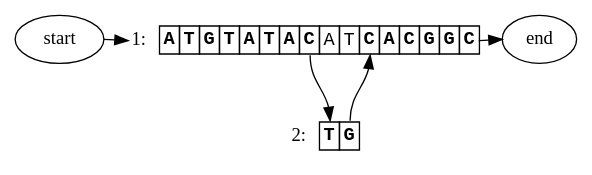
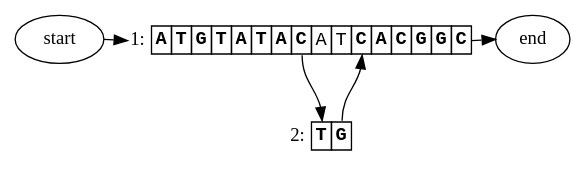
Before and after one commit to ginkgobioworks/gen: the diagram in docs/figures/figure_1.dot, drawn with Graphviz. The commit also changed 12 other files, not shown here.

Commit message:
cleaned up figure code

```diff
--- a/docs/figures/figure_1.dot
+++ b/docs/figures/figure_1.dot
@@ -1,62 +1,34 @@
 strict digraph "" {
-	graph [bb="0,0,390,108",
-		overlap=scale,
-		rankdir=TD,
+	graph [rankdir=TD,
 		splines=true
 	];
 	node [label="\N"];
-	source	[height=0.5,
-		label=start,
-		pos="27,90",
-		width=0.75];
-	1	[height=0.5,
-		highlights="[True, True, True, True, True, True, True, True, False, False, True, True, True, True, True, True]",
-		label=<<TABLE BORDER='0' CELLBORDER='1' CELLSPACING='0'><TR><TD BORDER='0' PORT='caption'>1: </TD><TD PORT='0'><FONT FACE='Courier New'><B>A</B></FONT></TD>
+	start	[label=start];
+	1	[label=<<TABLE BORDER='0' CELLBORDER='1' CELLSPACING='0'><TR><TD BORDER='0' PORT='caption' ALIGN='right'>1:</TD><TD PORT='0'><FONT FACE='Courier New'><B>A</B></FONT></TD>
 <TD PORT='1'><FONT FACE='Courier New'><B>T</B></FONT></TD>
 <TD PORT='2'><FONT FACE='Courier New'><B>G</B></FONT></TD>
 <TD PORT='3'><FONT FACE='Courier New'><B>T</B></FONT></TD>
 <TD PORT='4'><FONT FACE='Courier New'><B>A</B></FONT></TD>
 <TD PORT='5'><FONT FACE='Courier New'><B>T</B></FONT></TD>
 <TD PORT='6'><FONT FACE='Courier New'><B>A</B></FONT></TD>
 <TD PORT='7'><FONT FACE='Courier New'><B>C</B></FONT></TD>
 <TD PORT='8'><FONT FACE='Courier New'>A</FONT></TD>
 <TD PORT='9'><FONT FACE='Courier New'>T</FONT></TD>
 <TD PORT='10'><FONT FACE='Courier New'><B>C</B></FONT></TD>
 <TD PORT='11'><FONT FACE='Courier New'><B>A</B></FONT></TD>
 <TD PORT='12'><FONT FACE='Courier New'><B>C</B></FONT></TD>
 <TD PORT='13'><FONT FACE='Courier New'><B>G</B></FONT></TD>
 <TD PORT='14'><FONT FACE='Courier New'><B>G</B></FONT></TD>
 <TD PORT='15'><FONT FACE='Courier New'><B>C</B></FONT></TD></TR></TABLE>>,
 		margin=0,
-		pos="195,90",
-		sequence=ATGTATACATCACGGC,
-		shape=none,
-		width=3.4201];
-	source:e -> 1:caption	[constraint=False,
-		pos="e,71.875,90 54,90 56.731,90 58.758,90 60.565,90",
-		rank=same,
-		to_pos=caption];
-	sink	[height=0.5,
-		label=end,
-		pos="363,90",
-		width=0.75];
-	1:15 -> sink:w	[constraint=False,
-		from_pos=15,
-		pos="e,336,90 318.12,90 320.86,90 322.88,90 324.69,90",
-		rank=same];
-	2	[height=0.5,
-		highlights="[True, True]",
-		label=<<TABLE BORDER='0' CELLBORDER='1' CELLSPACING='0'><TR><TD BORDER='0' PORT='caption'>2: </TD><TD PORT='0'><FONT FACE='Courier New'><B>T</B></FONT></TD>
+		shape=none];
+	start:e -> 1:caption	[constraint=False];
+	2	[label=<<TABLE BORDER='0' CELLBORDER='1' CELLSPACING='0'><TR><TD BORDER='0' PORT='caption' ALIGN='right'>2:</TD><TD PORT='0'><FONT FACE='Courier New'><B>T</B></FONT></TD>
 <TD PORT='1'><FONT FACE='Courier New'><B>G</B></FONT></TD></TR></TABLE>>,
 		margin=0,
-		pos="209,18",
-		sequence=TG,
-		shape=none,
-		width=0.75];
-	1:7 -> 2:0	[from_pos=7,
-		pos="e,211,30.25 197,77.75 197,60.04 206.07,54.326 209.61,41.302",
-		to_pos=0];
-	2:1 -> 1:10	[from_pos=1,
-		pos="e,239.75,77.75 225.25,30.25 225.25,48.012 234.64,53.653 238.31,66.68",
-		to_pos=10];
+		shape=none];
+	1:7 -> 2:0;
+	end	[label=end];
+	1:15 -> end:w	[constraint=False];
+	2:1 -> 1:10;
 }
```
